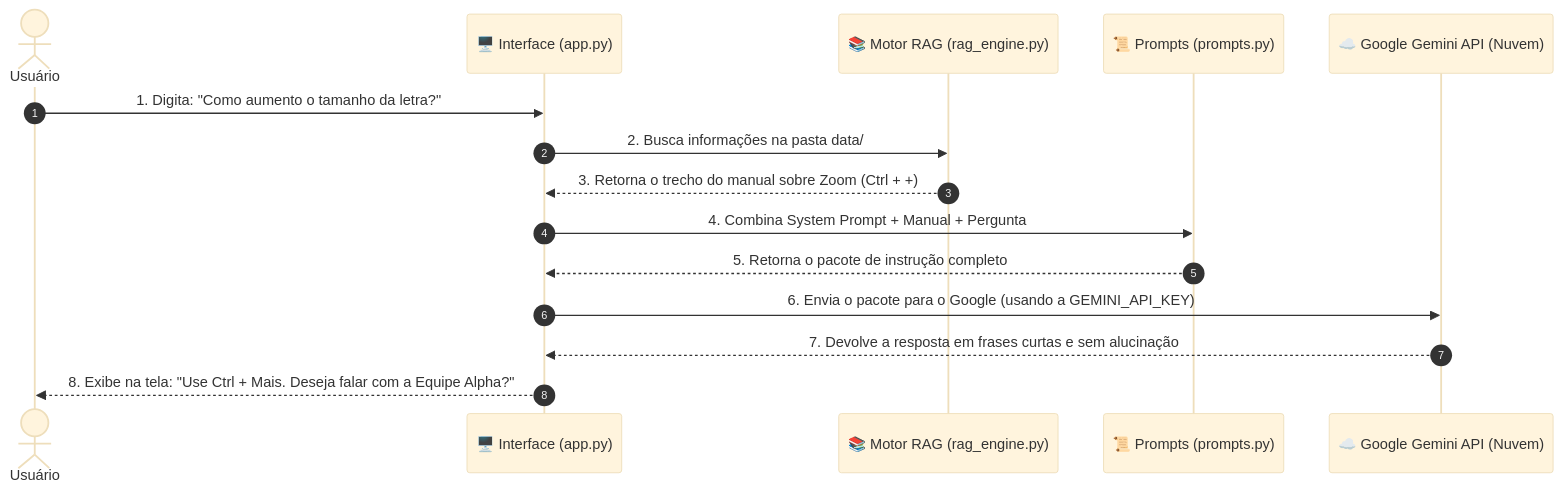
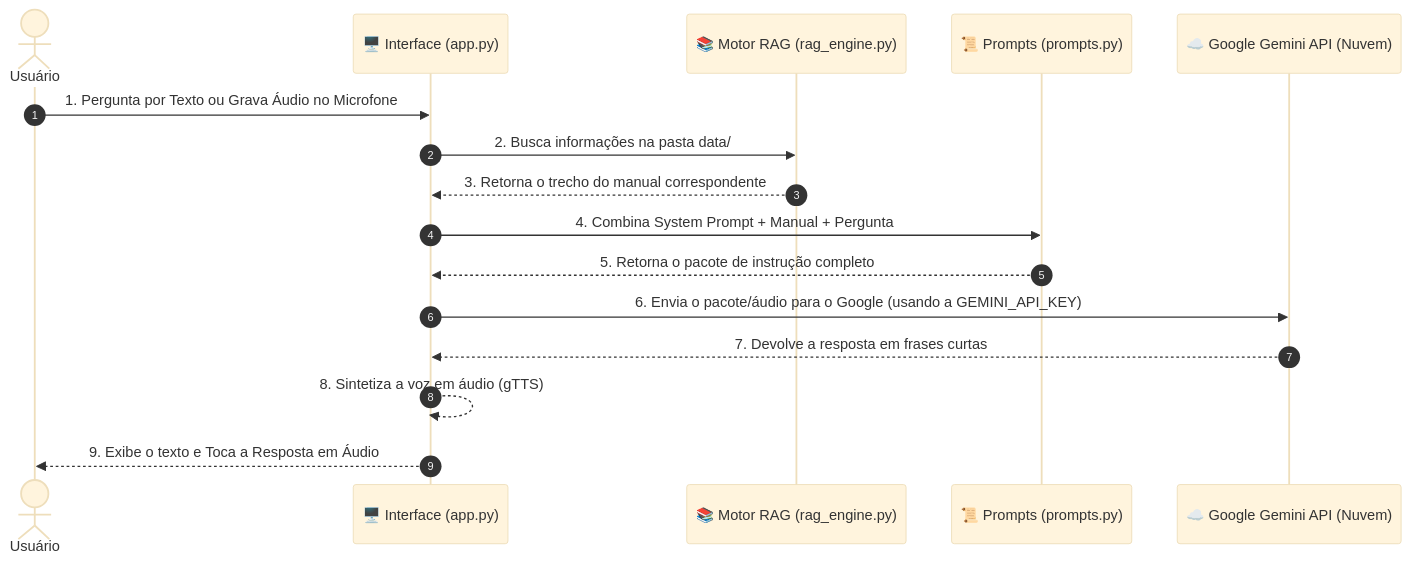
Before and after one commit to eng-alexandrefranca/assistente-virtual-ia: the diagram in README.md, drawn with Mermaid (base theme). The commit also changed other lines of this file and 6 other files, not shown here.

Commit message:
Update: atendimento com áudio.

````diff
--- a/README.md
+++ b/README.md
@@ -33,18 +41,19 @@
 ```mermaid
 sequenceDiagram
     autonumber
     actor Usuário
     participant App as 🖥️ Interface (app.py)
     participant RAG as 📚 Motor RAG (rag_engine.py)
     participant Prompt as 📜 Prompts (prompts.py)
     participant Gemini as ☁️ Google Gemini API (Nuvem)
 
-    Usuário->>App: 1. Digita: "Como aumento o tamanho da letra?"
+    Usuário->>App: 1. Pergunta por Texto ou Grava Áudio no Microfone
     App->>RAG: 2. Busca informações na pasta data/
-    RAG-->>App: 3. Retorna o trecho do manual sobre Zoom (Ctrl + +)
+    RAG-->>App: 3. Retorna o trecho do manual correspondente
     App->>Prompt: 4. Combina System Prompt + Manual + Pergunta
     Prompt-->>App: 5. Retorna o pacote de instrução completo
-    App->>Gemini: 6. Envia o pacote para o Google (usando a GEMINI_API_KEY)
-    Gemini-->>App: 7. Devolve a resposta em frases curtas e sem alucinação
-    App-->>Usuário: 8. Exibe na tela: "Use Ctrl + Mais. Deseja falar com a Equipe Alpha?"
+    App->>Gemini: 6. Envia o pacote/áudio para o Google (usando a GEMINI_API_KEY)
+    Gemini-->>App: 7. Devolve a resposta em frases curtas
+    App-->>App: 8. Sintetiza a voz em áudio (gTTS)
+    App-->>Usuário: 9. Exibe o texto e Toca a Resposta em Áudio
 ```
````
